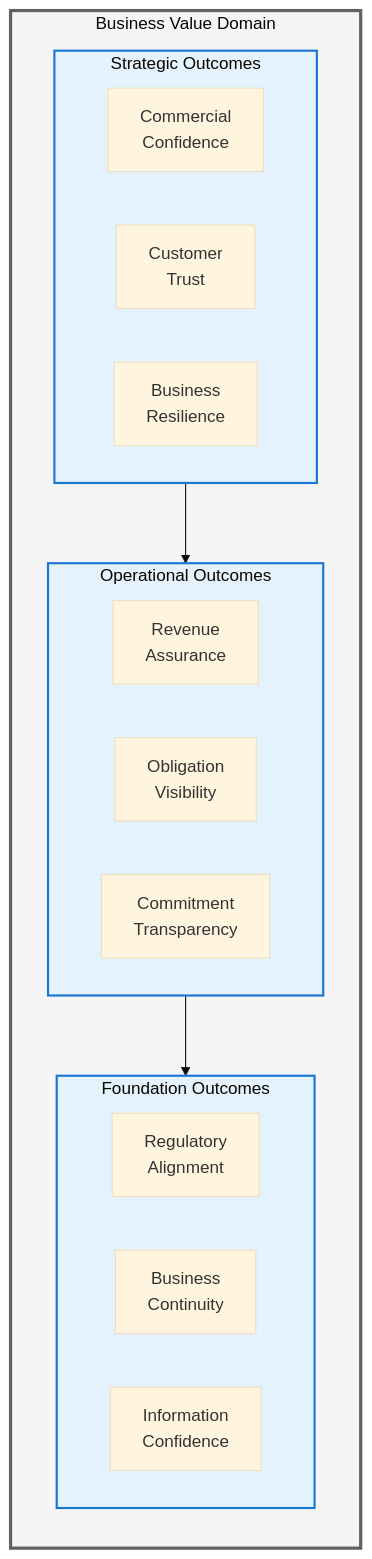
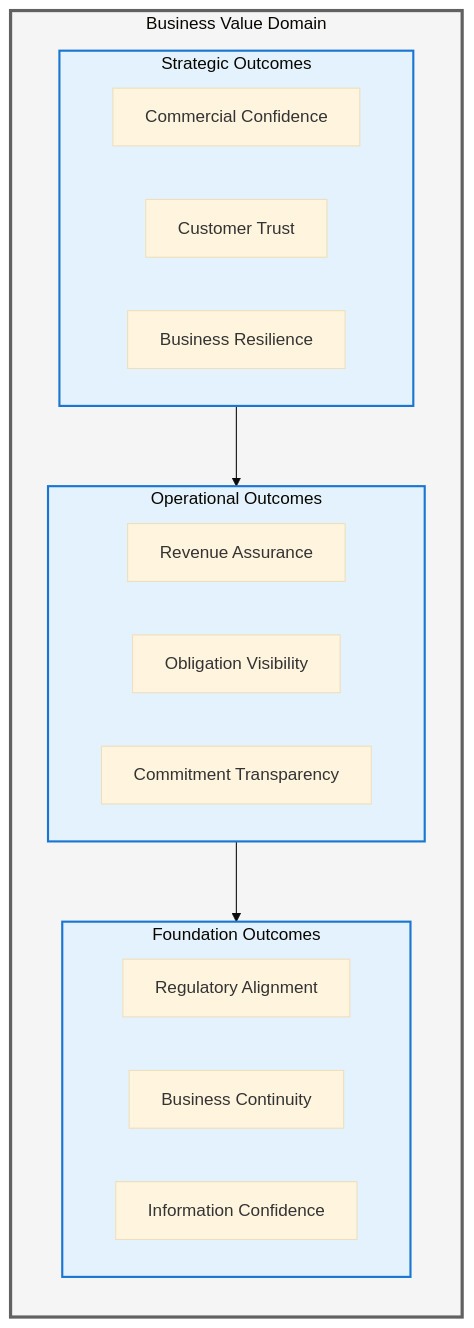
Before and after one commit to Evilazaro/Azure-LogicApps-Monitoring: the first of 7 diagrams in docs/architecture/01-business-architecture.md, drawn with Mermaid (base theme). The commit also changed other lines of this file, not shown here.

Commit message:
Refactor Business Architecture document: simplify terminology in diagrams for clarity and consistency

````diff
--- a/docs/architecture/01-business-architecture.md
+++ b/docs/architecture/01-business-architecture.md
@@ -187,36 +187,36 @@
 ```mermaid
 flowchart LR
     subgraph Business_Value["Business Value Domain"]
         direction TB
 
         subgraph Strategic["Strategic Outcomes"]
             direction LR
-            SO1["Commercial<br/>Confidence"]
-            SO2["Customer<br/>Trust"]
-            SO3["Business<br/>Resilience"]
+            SO1["Commercial Confidence"]
+            SO2["Customer Trust"]
+            SO3["Business Resilience"]
         end
 
         subgraph Operational["Operational Outcomes"]
             direction LR
-            OO1["Revenue<br/>Assurance"]
-            OO2["Obligation<br/>Visibility"]
-            OO3["Commitment<br/>Transparency"]
+            OO1["Revenue Assurance"]
+            OO2["Obligation Visibility"]
+            OO3["Commitment Transparency"]
         end
 
         subgraph Foundation["Foundation Outcomes"]
             direction LR
-            FO1["Regulatory<br/>Alignment"]
-            FO2["Business<br/>Continuity"]
-            FO3["Information<br/>Confidence"]
+            FO1["Regulatory Alignment"]
+            FO2["Business Continuity"]
+            FO3["Information Confidence"]
         end
 
         Strategic --> Operational
         Operational --> Foundation
     end
 
     classDef level1 fill:#f5f5f5,stroke:#616161,stroke-width:3px
     classDef level2 fill:#e3f2fd,stroke:#1976d2,stroke-width:2px
 
     class Business_Value level1
     class Strategic,Operational,Foundation level2
 ```
````
